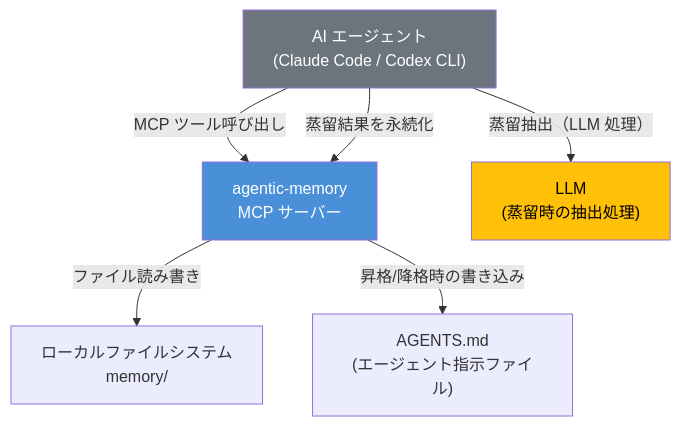
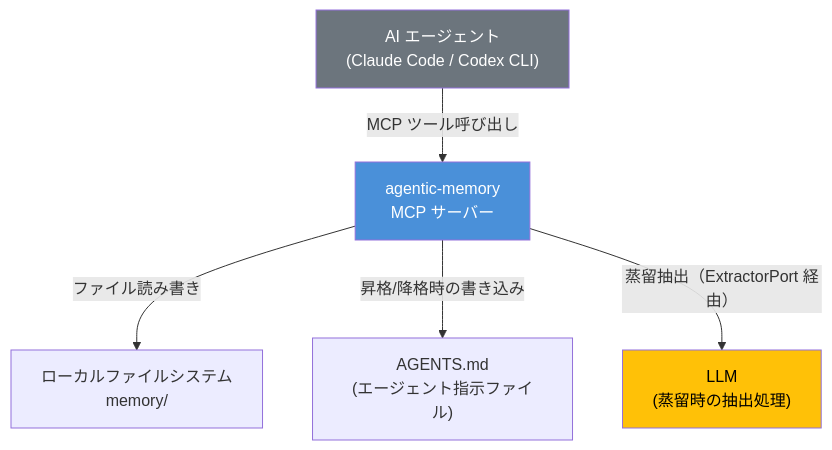
Before and after one commit to RK0429/agentic-memory: the first of 6 diagrams in docs/design/ARCHITECTURE-knowledge-values.md, drawn with Mermaid. The commit also changed other lines of this file and 2 other files, not shown here.

````diff
--- a/docs/design/ARCHITECTURE-knowledge-values.md
+++ b/docs/design/ARCHITECTURE-knowledge-values.md
@@ -26,18 +26,17 @@
 ```mermaid
 graph TB
     Agent["AI エージェント<br/>(Claude Code / Codex CLI)"]
     MCP["agentic-memory<br/>MCP サーバー"]
     FS["ローカルファイルシステム<br/>memory/"]
     AGENTS["AGENTS.md<br/>(エージェント指示ファイル)"]
     LLM["LLM<br/>(蒸留時の抽出処理)"]
 
     Agent -->|"MCP ツール呼び出し"| MCP
     MCP -->|"ファイル読み書き"| FS
     MCP -->|"昇格/降格時の書き込み"| AGENTS
-    Agent -->|"蒸留抽出（LLM 処理）"| LLM
-    Agent -->|"蒸留結果を永続化"| MCP
+    MCP -->|"蒸留抽出（ExtractorPort 経由）"| LLM
 
     style MCP fill:#4a90d9,color:#fff
     style Agent fill:#6c757d,color:#fff
     style LLM fill:#ffc107,color:#000
 ```
````
